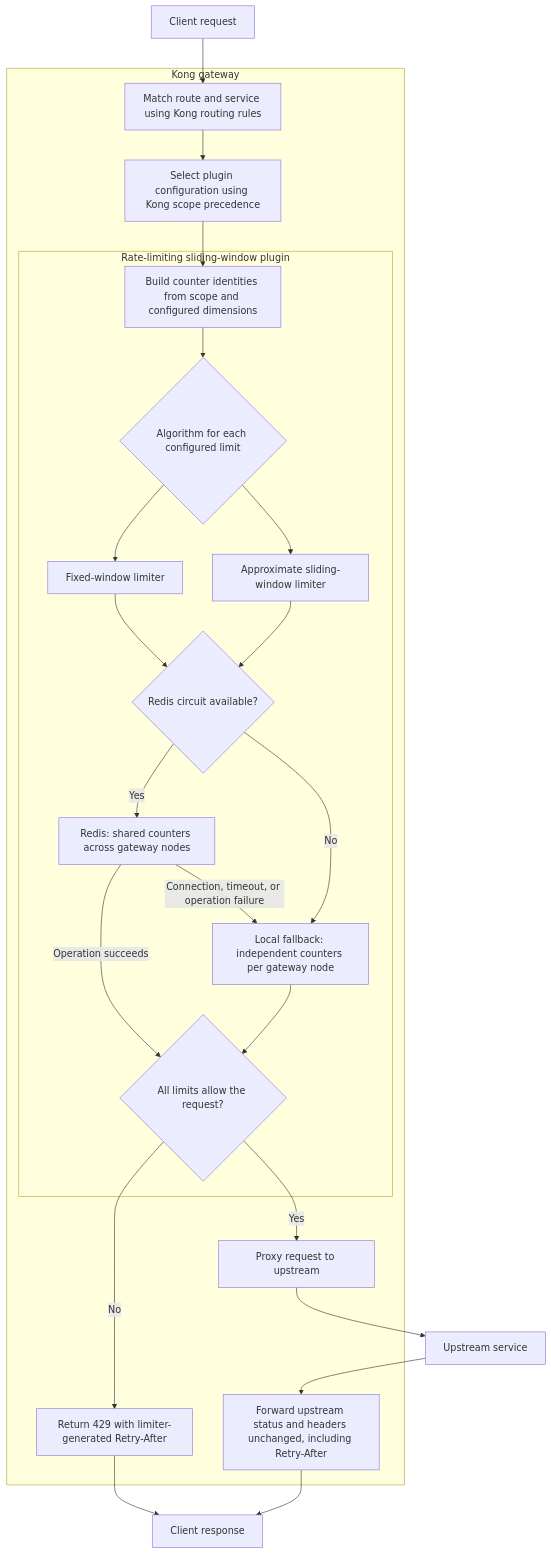
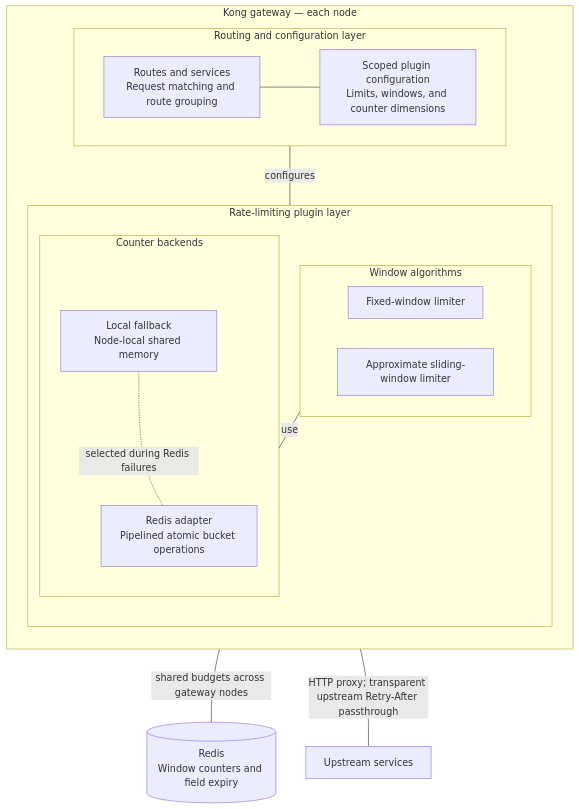
One commit to LindaSummer/kong-rate-limit-plugin changed the diagram in design.md. Above: the diagram before and after it, drawn with Mermaid. The commit also changed other lines of this file, not shown here.

Commit message:
Show rate limiter layers and component relationships

````diff
--- a/design.md
+++ b/design.md
@@ -31,33 +32,30 @@
 ```mermaid
-flowchart TD
-    Client["Client request"] --> Route
-
-    subgraph Kong["Kong gateway"]
-        Route["Match route and service using Kong routing rules"]
-        Route --> Config["Select plugin configuration using Kong scope precedence"]
-        Config --> Identity["Build counter identities from scope and configured dimensions"]
-
-        subgraph Plugin["Rate-limiting sliding-window plugin"]
-            Identity --> Algorithm{"Algorithm for each configured limit"}
-            Algorithm --> Fixed["Fixed-window limiter"]
-            Algorithm --> Sliding["Approximate sliding-window limiter"]
-            Fixed --> Storage{"Redis circuit available?"}
-            Sliding --> Storage
-
-            Storage -->|Yes| Redis["Redis: shared counters across gateway nodes"]
-            Storage -->|No| Local["Local fallback: independent counters per gateway node"]
-            Redis -->|Operation succeeds| Budget{"All limits allow the request?"}
-            Redis -->|Connection, timeout, or operation failure| Local
-            Local --> Budget
+graph TB
+    subgraph Gateway["Kong gateway — each node"]
+        direction TB
+        subgraph Routing["Routing and configuration layer"]
+            Routes["Routes and services<br/>Request matching and route grouping"]
+            Config["Scoped plugin configuration<br/>Limits, windows, and counter dimensions"]
+            Routes --- Config
         end
 
-        Budget -->|No| Rejected["Return 429 with limiter-generated Retry-After"]
-        Budget -->|Yes| Proxy["Proxy request to upstream"]
-        Response["Forward upstream status and headers unchanged, including Retry-After"]
+        subgraph Plugin["Rate-limiting plugin layer"]
+            direction TB
+            subgraph Algorithms["Window algorithms"]
+                Fixed["Fixed-window limiter"]
+                Sliding["Approximate sliding-window limiter"]
+            end
+            subgraph Backends["Counter backends"]
+                RedisAdapter["Redis adapter<br/>Pipelined atomic bucket operations"]
+                Local["Local fallback<br/>Node-local shared memory"]
+            end
+            Algorithms ---|"use"| Backends
+        end
+
+        Routing ---|"configures"| Plugin
     end
 
-    Proxy --> Upstream["Upstream service"]
-    Upstream --> Response
-    Response --> ClientResponse["Client response"]
-    Rejected --> ClientResponse
+    RedisAdapter ---|"shared budgets across gateway nodes"| Redis[("Redis<br/>Window counters and field expiry")]
+    Local -.-|"selected during Redis failures"| RedisAdapter
+    Gateway ---|"HTTP proxy; transparent upstream Retry-After passthrough"| Upstream["Upstream services"]
 ```
````
